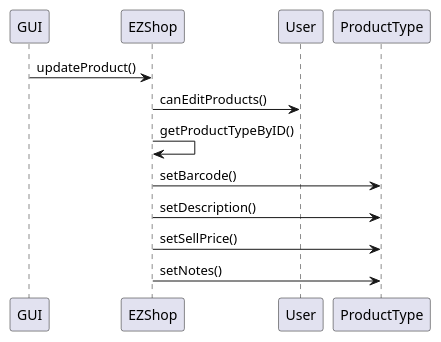
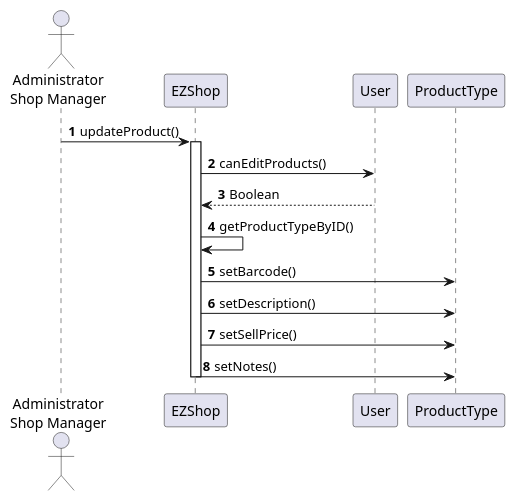
The sixth of 20 diagrams in Deliverables/DesignDocument.md (gioele-scaletta/EZShop-Software-Engineering-Project), drawn with PlantUML before and after one commit. The commit also changed other lines of this file, not shown here.

Commit message:
Updated Diagrams For Scenarios UC1,2,3

````diff
--- a/Deliverables/DesignDocument.md
+++ b/Deliverables/DesignDocument.md
@@ -304,14 +306,15 @@
 ```plantuml
-participant GUI as 1
-participant EZShop as 2
-participant User as 3
-participant ProductType as 4
+actor "Administrator\nShop Manager" as user
+autonumber
 
-1->2 : updateProduct()
-2->3 : canEditProducts()
-2->2 : getProductTypeByID()
-2->4 : setBarcode()
-2->4 : setDescription()
-2->4 : setSellPrice()
-2->4 : setNotes()
+user->EZShop : updateProduct()
+activate EZShop
+EZShop->User : canEditProducts()
+User --> EZShop : Boolean
+EZShop->EZShop : getProductTypeByID()
+EZShop->ProductType : setBarcode()
+EZShop->ProductType : setDescription()
+EZShop->ProductType : setSellPrice()
+EZShop->ProductType : setNotes()
+deactivate EZShop
 ```
````
